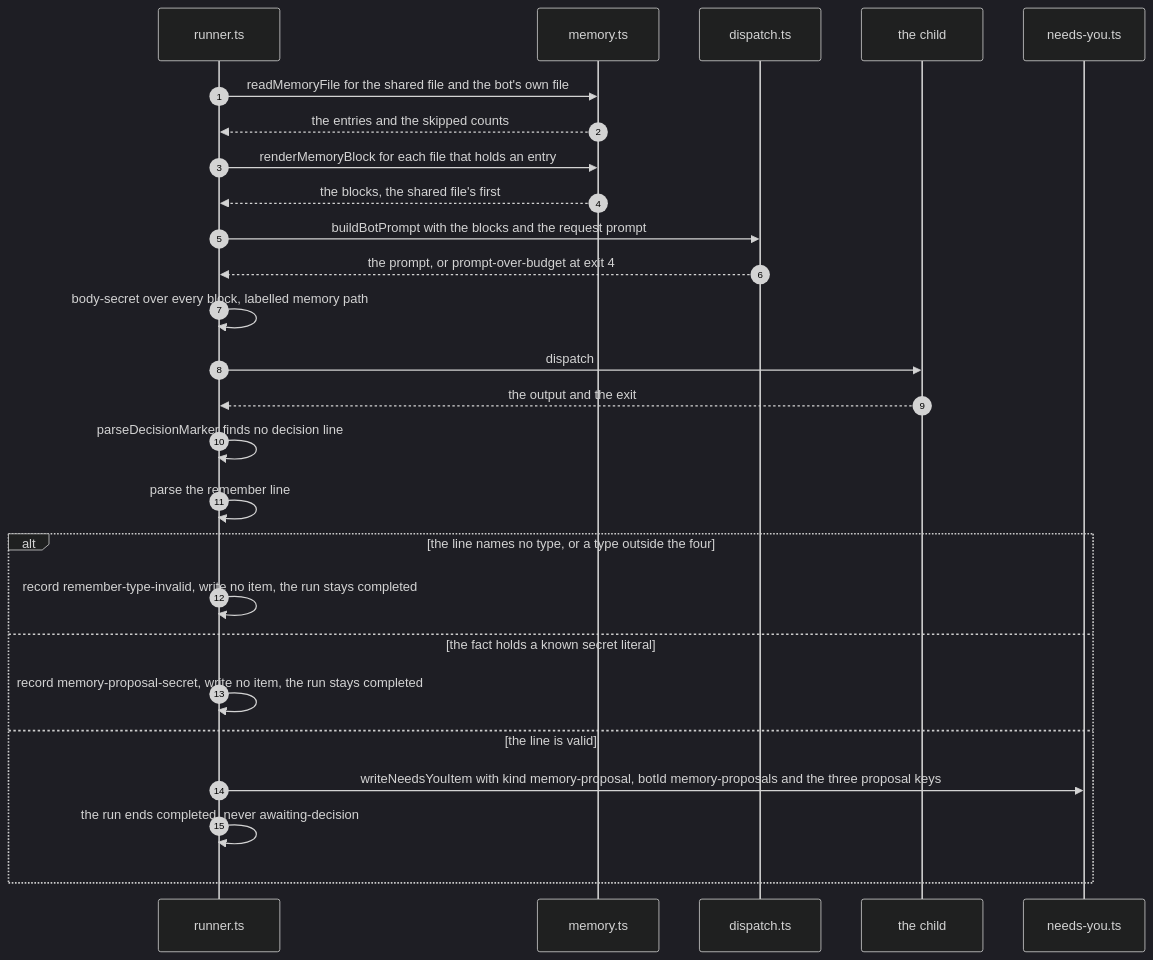
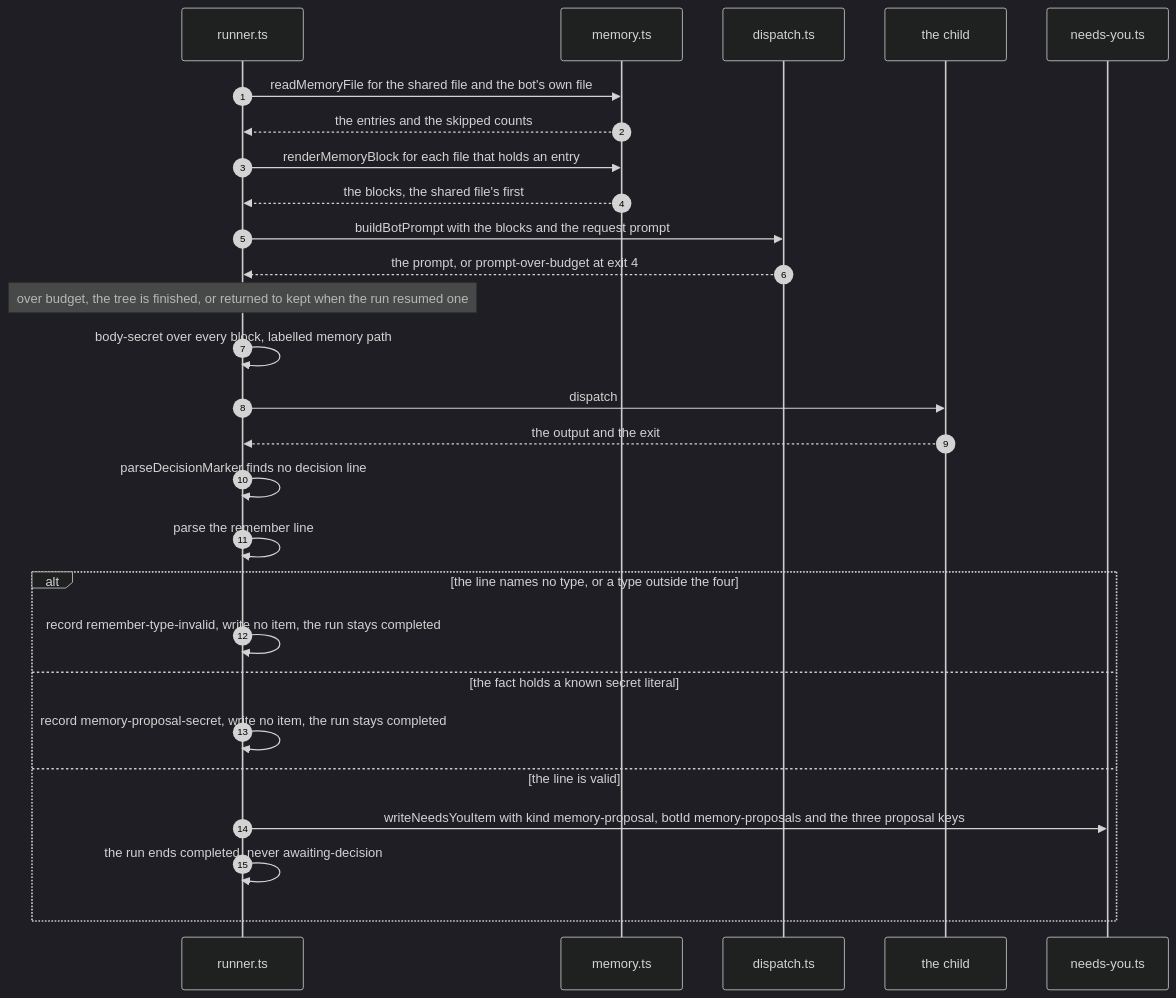
Before and after one commit to MichelKerkmeester/skilled-agent-harness_spec-driven-loops: the sixth of 8 diagrams in specs/system-skilled-bots/003-openbot-parity-build/005-memory/design/state-machines.md, drawn with Mermaid (dark theme). The commit also changed other lines of this file and 176 other files, not shown here.

````diff
--- a/specs/system-skilled-bots/003-openbot-parity-build/005-memory/design/state-machines.md
+++ b/specs/system-skilled-bots/003-openbot-parity-build/005-memory/design/state-machines.md
@@ -202,28 +202,29 @@
 ```mermaid
 sequenceDiagram
   autonumber
   participant Rn as runner.ts
   participant Mm as memory.ts
   participant Dp as dispatch.ts
   participant Ch as the child
   participant Ny as needs-you.ts
   Rn->>Mm: readMemoryFile for the shared file and the bot's own file
   Mm-->>Rn: the entries and the skipped counts
   Rn->>Mm: renderMemoryBlock for each file that holds an entry
   Mm-->>Rn: the blocks, the shared file's first
   Rn->>Dp: buildBotPrompt with the blocks and the request prompt
   Dp-->>Rn: the prompt, or prompt-over-budget at exit 4
+  Note over Rn: over budget, the tree is finished, or returned to kept when the run resumed one
   Rn->>Rn: body-secret over every block, labelled memory path
   Rn->>Ch: dispatch
   Ch-->>Rn: the output and the exit
   Rn->>Rn: parseDecisionMarker finds no decision line
   Rn->>Rn: parse the remember line
   alt the line names no type, or a type outside the four
     Rn->>Rn: record remember-type-invalid, write no item, the run stays completed
   else the fact holds a known secret literal
     Rn->>Rn: record memory-proposal-secret, write no item, the run stays completed
   else the line is valid
     Rn->>Ny: writeNeedsYouItem with kind memory-proposal, botId memory-proposals and the three proposal keys
     Rn->>Rn: the run ends completed, never awaiting-decision
   end
 ```
````
